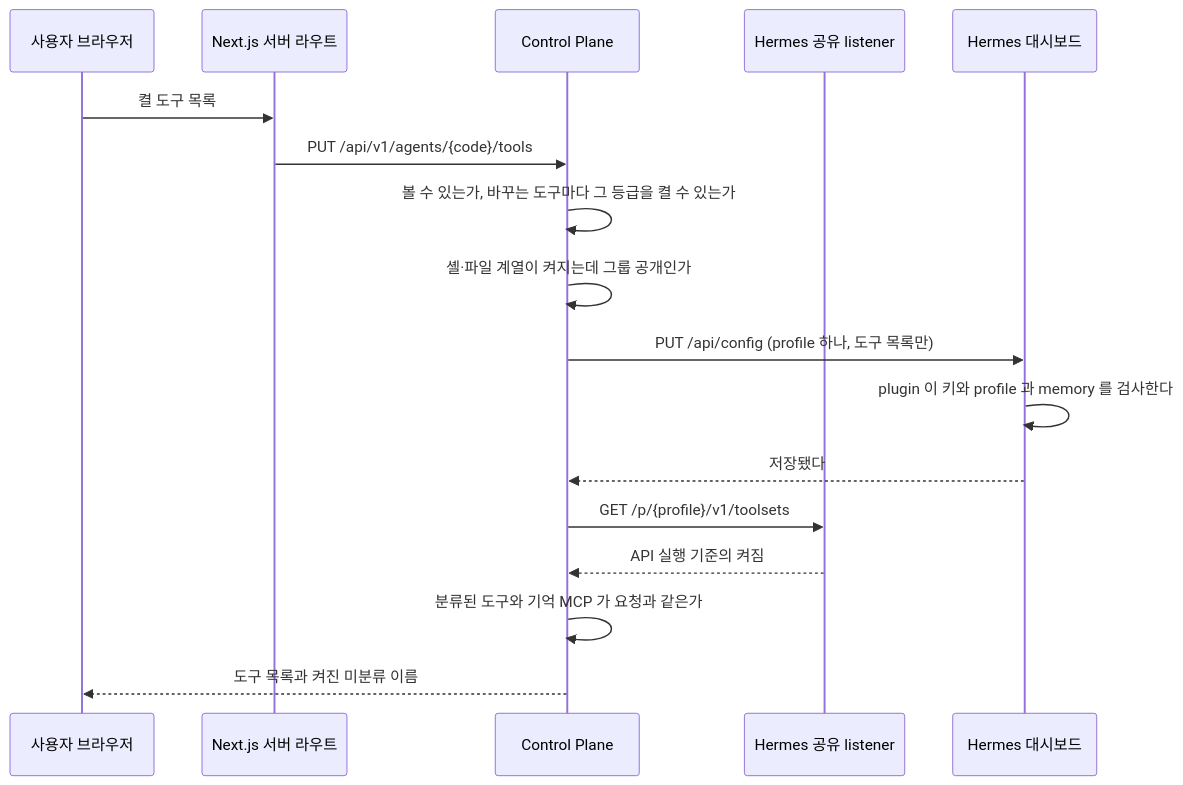
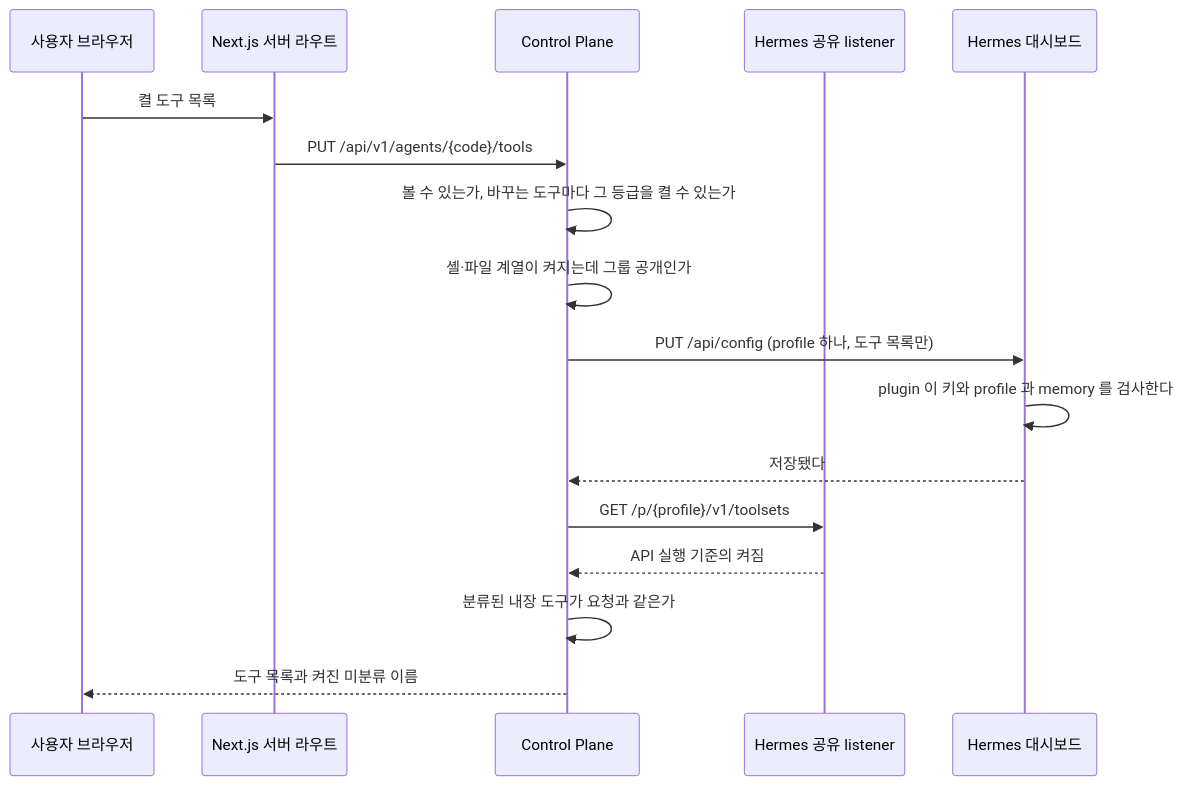
One commit to jon890/fos-assistant changed the fifth of 18 diagrams in docs/flow.md. Above: the diagram before and after it, drawn with Mermaid. The commit also changed 8 other files, not shown here.

````diff
--- a/docs/flow.md
+++ b/docs/flow.md
@@ -189,20 +189,20 @@
 ```mermaid
 sequenceDiagram
     participant U as 사용자 브라우저
     participant W as Next.js 서버 라우트
     participant C as Control Plane
     participant L as Hermes 공유 listener
     participant D as Hermes 대시보드
 
     U->>W: 켤 도구 목록
     W->>C: PUT /api/v1/agents/{code}/tools
     C->>C: 볼 수 있는가, 바꾸는 도구마다 그 등급을 켤 수 있는가
     C->>C: 셸·파일 계열이 켜지는데 그룹 공개인가
     C->>D: PUT /api/config (profile 하나, 도구 목록만)
     D->>D: plugin 이 키와 profile 과 memory 를 검사한다
     D-->>C: 저장됐다
     C->>L: GET /p/{profile}/v1/toolsets
     L-->>C: API 실행 기준의 켜짐
-    C->>C: 분류된 도구와 기억 MCP 가 요청과 같은가
+    C->>C: 분류된 내장 도구가 요청과 같은가
     C-->>U: 도구 목록과 켜진 미분류 이름
 ```
````
